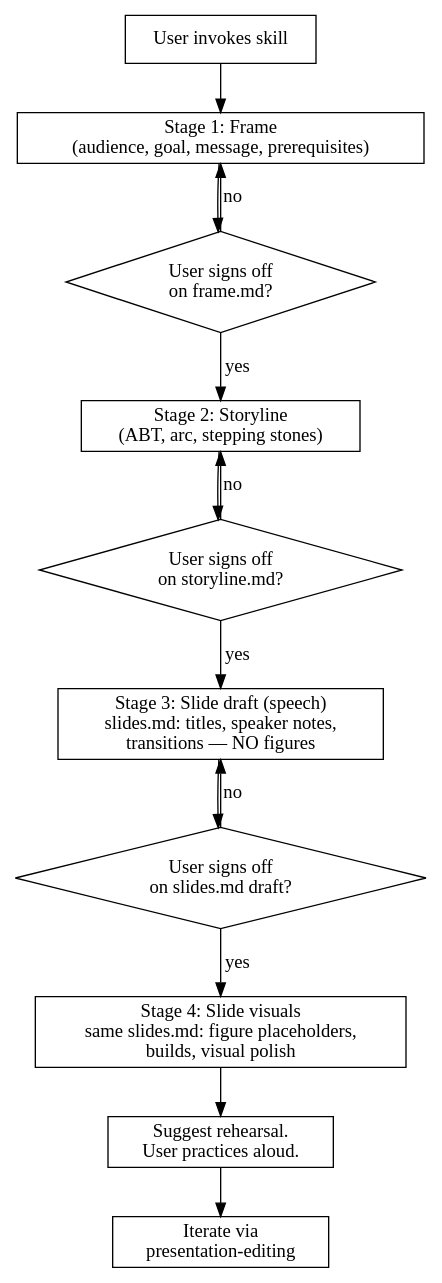
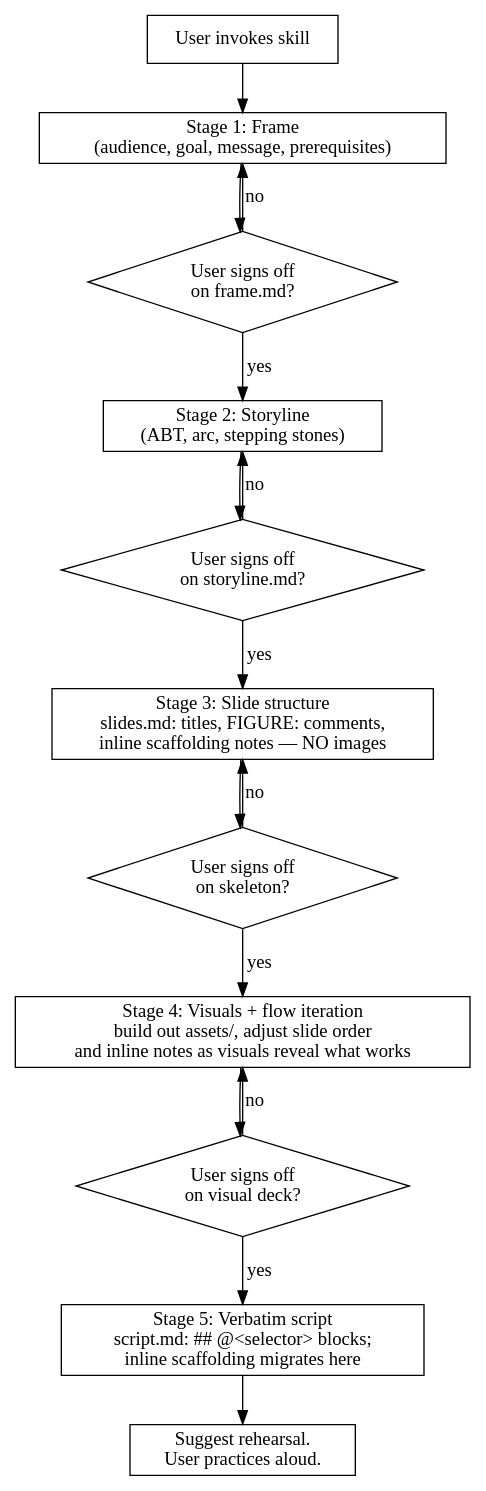
One commit to ryan-ressmeyer/agent-config changed the diagram in skills/presentation-planning/SKILL.md. Above: the diagram before and after it, drawn with Graphviz. The commit also changed other lines of this file and 9 other files, not shown here.

Commit message:
presentation-planning: restructure to 5-stage flow and audit fixes

````diff
--- a/skills/presentation-planning/SKILL.md
+++ b/skills/presentation-planning/SKILL.md
@@ -63,30 +75,33 @@
 ```dot
 digraph presentation_planning {
     rankdir=TB;
     node [shape=box];
 
     invoke [label="User invokes skill"];
     frame [label="Stage 1: Frame\n(audience, goal, message, prerequisites)"];
     cp1 [shape=diamond, label="User signs off\non frame.md?"];
     storyline [label="Stage 2: Storyline\n(ABT, arc, stepping stones)"];
     cp2 [shape=diamond, label="User signs off\non storyline.md?"];
-    slides_draft [label="Stage 3: Slide draft (speech)\nslides.md: titles, speaker notes,\ntransitions — NO figures"];
-    cp3 [shape=diamond, label="User signs off\non slides.md draft?"];
-    slides_visuals [label="Stage 4: Slide visuals\nsame slides.md: figure placeholders,\nbuilds, visual polish"];
+    structure [label="Stage 3: Slide structure\nslides.md: titles, FIGURE: comments,\ninline scaffolding notes — NO images"];
+    cp3 [shape=diamond, label="User signs off\non skeleton?"];
+    visuals [label="Stage 4: Visuals + flow iteration\nbuild out assets/, adjust slide order\nand inline notes as visuals reveal what works"];
+    cp4 [shape=diamond, label="User signs off\non visual deck?"];
+    script [label="Stage 5: Verbatim script\nscript.md: ## @<selector> blocks;\ninline scaffolding migrates here"];
     rehearse [label="Suggest rehearsal.\nUser practices aloud."];
-    edit [label="Iterate via\npresentation-editing"];
 
     invoke -> frame;
     frame -> cp1;
     cp1 -> frame [label="no"];
     cp1 -> storyline [label="yes"];
     storyline -> cp2;
     cp2 -> storyline [label="no"];
-    cp2 -> slides_draft [label="yes"];
-    slides_draft -> cp3;
-    cp3 -> slides_draft [label="no"];
-    cp3 -> slides_visuals [label="yes"];
-    slides_visuals -> rehearse;
-    rehearse -> edit;
+    cp2 -> structure [label="yes"];
+    structure -> cp3;
+    cp3 -> structure [label="no"];
+    cp3 -> visuals [label="yes"];
+    visuals -> cp4;
+    cp4 -> visuals [label="no"];
+    cp4 -> script [label="yes"];
+    script -> rehearse;
 }
 ```
````
